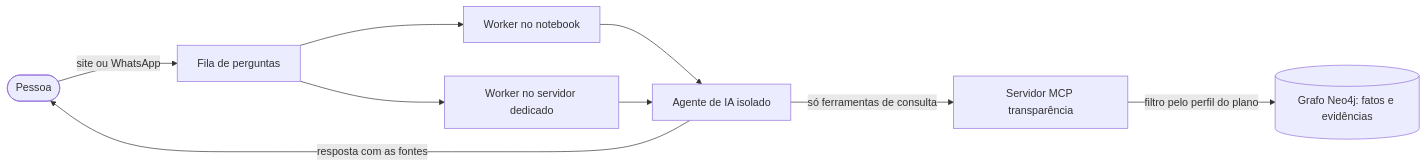
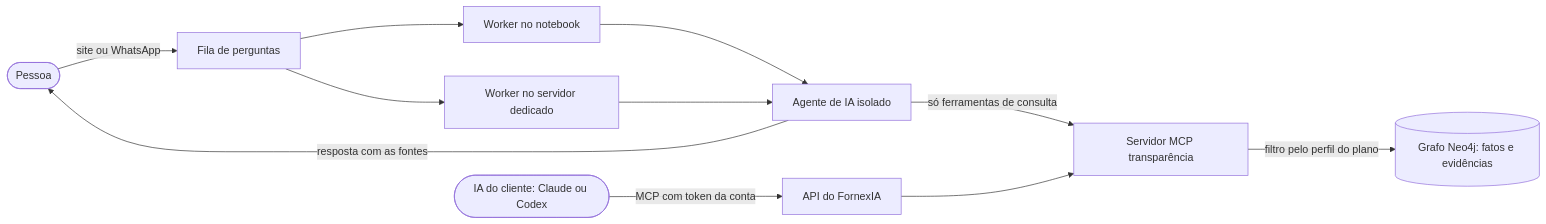
Before and after one commit to Fornexia/hackathon: the diagram in README.md, drawn with Mermaid. The commit also changed other lines of this file, not shown here.

Commit message:
docs: README com o passo a passo para conectar o Claude Code ou o Codex ao FornexIA pelo MCP

````diff
--- a/README.md
+++ b/README.md
@@ -64,11 +64,13 @@
 ```mermaid
 flowchart LR
     P([Pessoa]) -->|site ou WhatsApp| F[Fila de perguntas]
     F --> W1[Worker no notebook]
     F --> W2[Worker no servidor dedicado]
     W1 --> A[Agente de IA isolado]
     W2 --> A
     A -->|só ferramentas de consulta| M[Servidor MCP transparência]
     M -->|filtro pelo perfil do plano| G[(Grafo Neo4j: fatos e evidências)]
     A -->|resposta com as fontes| P
+    C([IA do cliente: Claude ou Codex]) -->|MCP com token da conta| API[API do FornexIA]
+    API --> M
 ```
````
